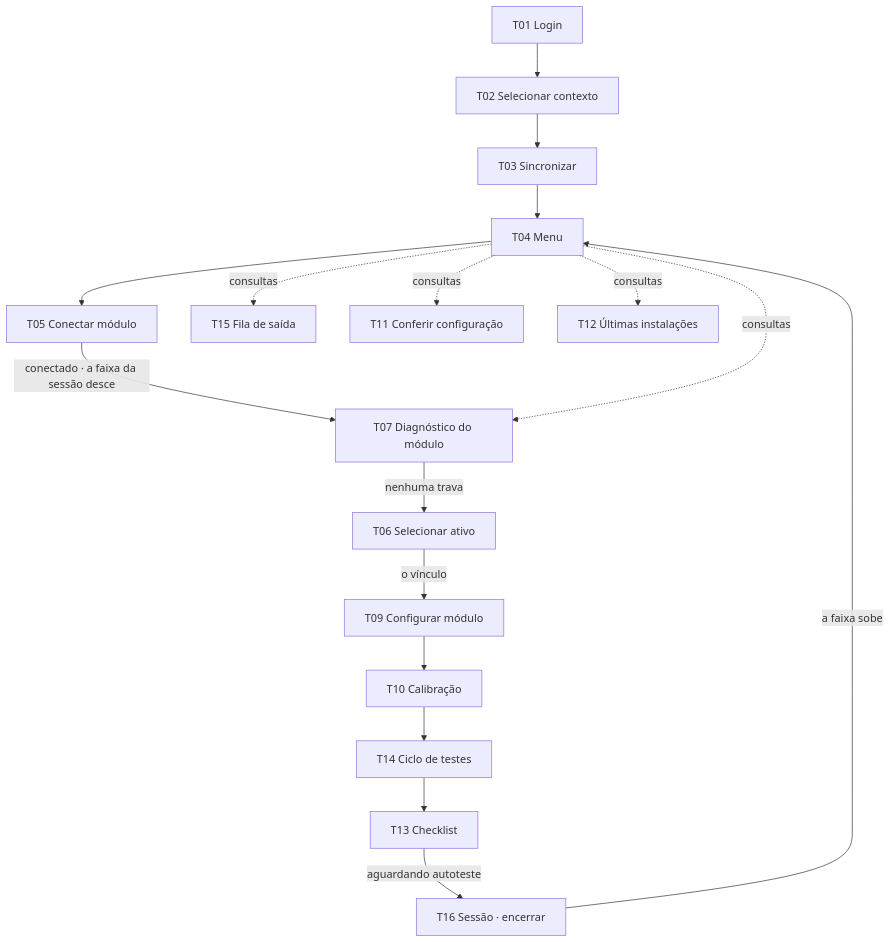
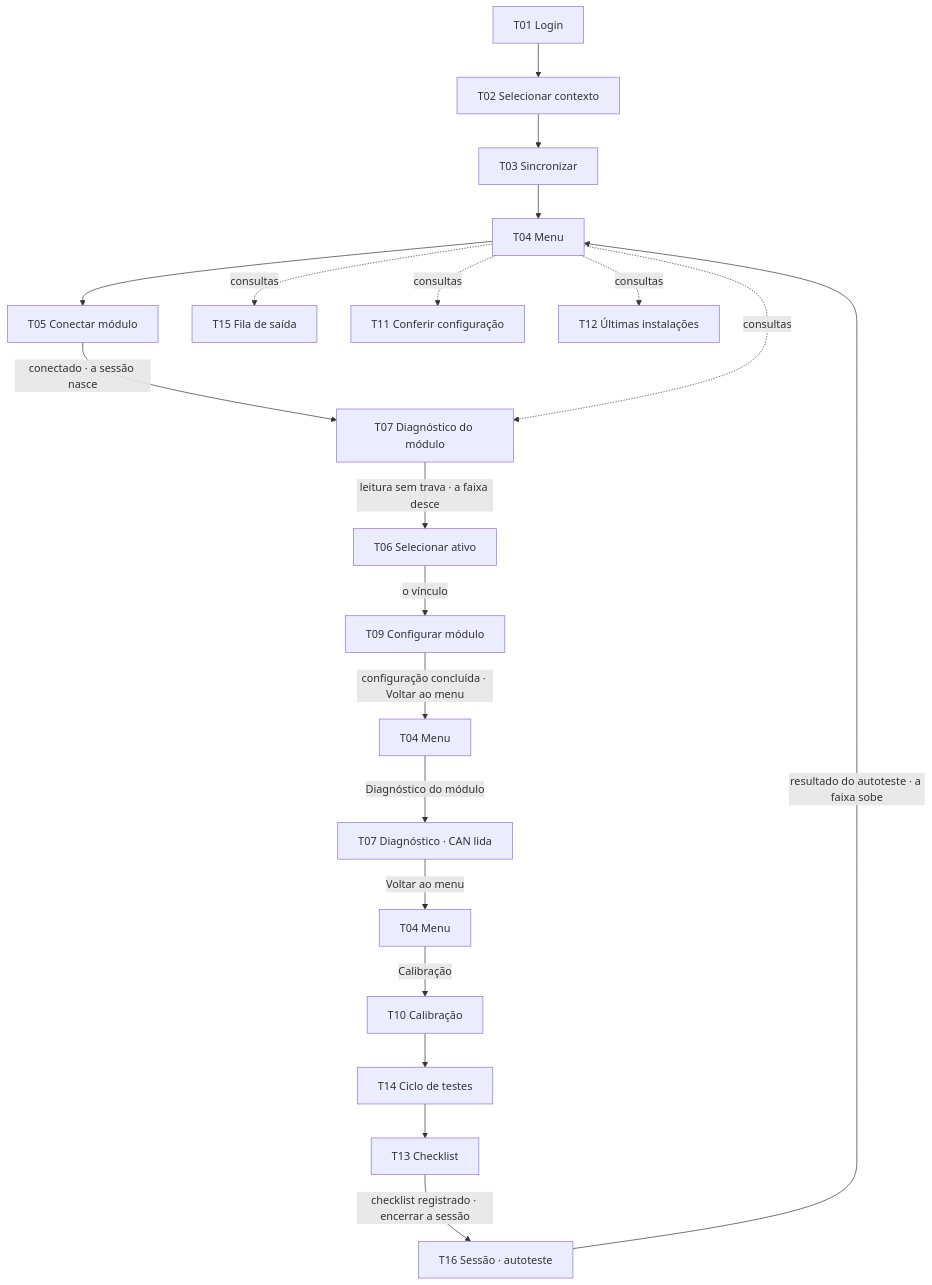
The diagram in 01-produto/fluxos.md (felipeuxdesign/mobs2-configurador-prototipo), drawn with Mermaid before and after one commit. The commit also changed other lines of this file and 54 other files, not shown here.

````diff
--- a/01-produto/fluxos.md
+++ b/01-produto/fluxos.md
@@ -5,14 +7,18 @@
 ```mermaid
 flowchart TD
   T01[T01 Login] --> T02[T02 Selecionar contexto] --> T03[T03 Sincronizar] --> T04[T04 Menu]
   T04 --> T05[T05 Conectar módulo]
-  T05 -- conectado · a faixa da sessão desce --> T07[T07 Diagnóstico do módulo]
-  T07 -- nenhuma trava --> T06[T06 Selecionar ativo] -- o vínculo --> T09[T09 Configurar módulo] --> T10[T10 Calibração]
+  T05 -- conectado · a sessão nasce --> T07[T07 Diagnóstico do módulo]
+  T07 -- leitura sem trava · a faixa desce --> T06[T06 Selecionar ativo] -- o vínculo --> T09[T09 Configurar módulo]
+  T09 -- configuração concluída · Voltar ao menu --> T04CAN[T04 Menu]
+  T04CAN -- Diagnóstico do módulo --> T07CAN[T07 Diagnóstico · CAN lida]
+  T07CAN -- Voltar ao menu --> T04CAL[T04 Menu]
+  T04CAL -- Calibração --> T10[T10 Calibração]
   T10 --> T14[T14 Ciclo de testes] --> T13[T13 Checklist]
-  T13 -- aguardando autoteste --> T16[T16 Sessão · encerrar]
-  T16 -- a faixa sobe --> T04
+  T13 -- checklist registrado · encerrar a sessão --> T16[T16 Sessão · autoteste]
+  T16 -- resultado do autoteste · a faixa sobe --> T04
   T04 -.consultas.-> T15[T15 Fila de saída]
   T04 -.consultas.-> T11[T11 Conferir configuração]
   T04 -.consultas.-> T12[T12 Últimas instalações]
   T04 -.consultas.-> T07
 ```
````
